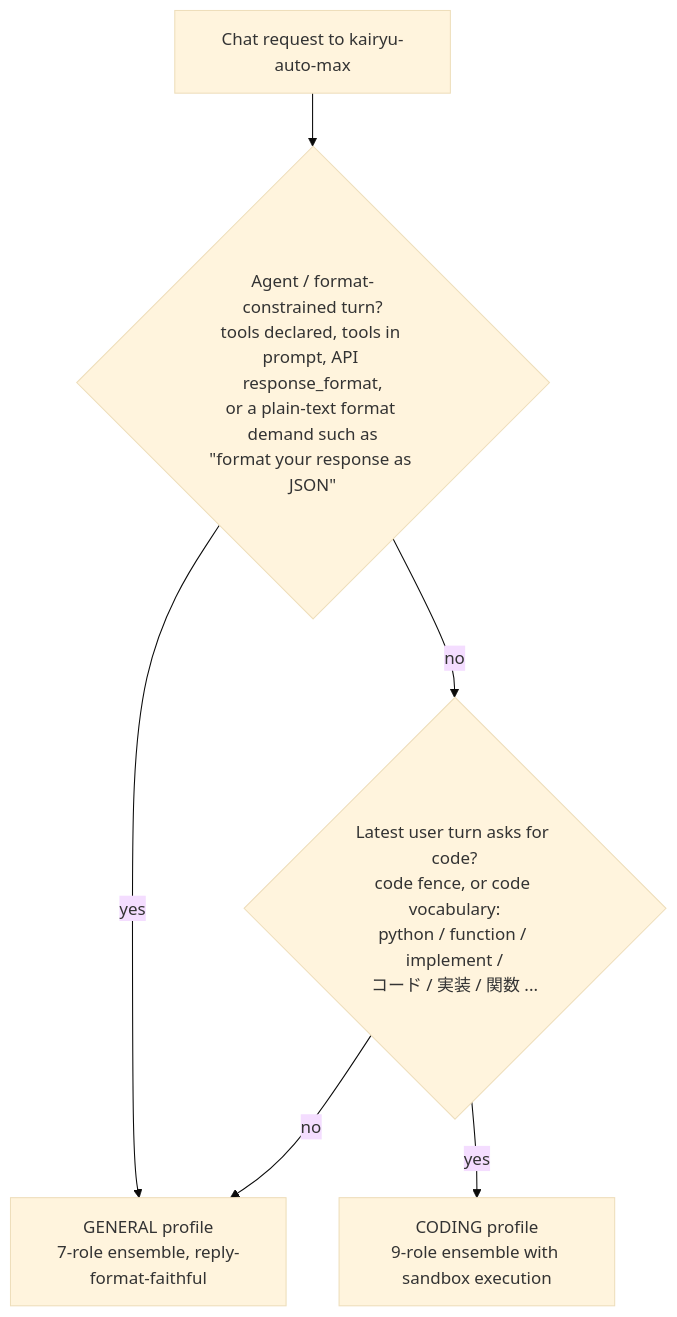
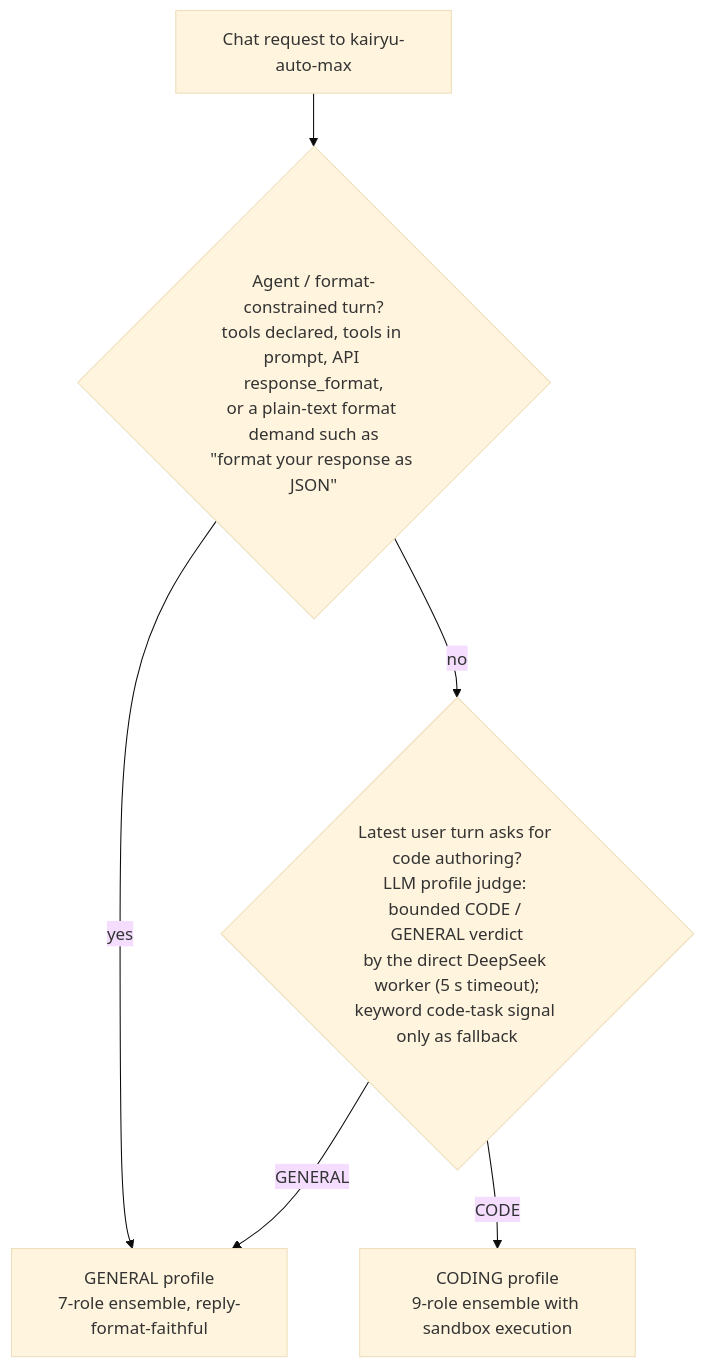
One commit to ytworks/kairyu changed the first of 3 diagrams in examples/qwen3.8-deepseek-v4-8gpu/README.md. Above: the diagram before and after it, drawn with Mermaid (base theme). The commit also changed other lines of this file and 16 other files, not shown here.

First line of the commit message:
feat(orchestration): LLM profile judge for the coding/general split

````diff
--- a/examples/qwen3.8-deepseek-v4-8gpu/README.md
+++ b/examples/qwen3.8-deepseek-v4-8gpu/README.md
@@ -39,8 +42,8 @@
 ```mermaid
 flowchart TD
     R["Chat request to kairyu-auto-max"] --> A{"Agent / format-constrained turn?<br/>tools declared, tools in prompt, API response_format,<br/>or a plain-text format demand such as<br/>&quot;format your response as JSON&quot;"}
     A -- "yes" --> G["GENERAL profile<br/>7-role ensemble, reply-format-faithful"]
-    A -- "no" --> B{"Latest user turn asks for code?<br/>code fence, or code vocabulary:<br/>python / function / implement /<br/>コード / 実装 / 関数 ..."}
-    B -- "yes" --> C["CODING profile<br/>9-role ensemble with sandbox execution"]
-    B -- "no" --> G
+    A -- "no" --> B{"Latest user turn asks for code authoring?<br/>LLM profile judge: bounded CODE / GENERAL verdict<br/>by the direct DeepSeek worker (5 s timeout);<br/>keyword code-task signal only as fallback"}
+    B -- "CODE" --> C["CODING profile<br/>9-role ensemble with sandbox execution"]
+    B -- "GENERAL" --> G
 ```
````
